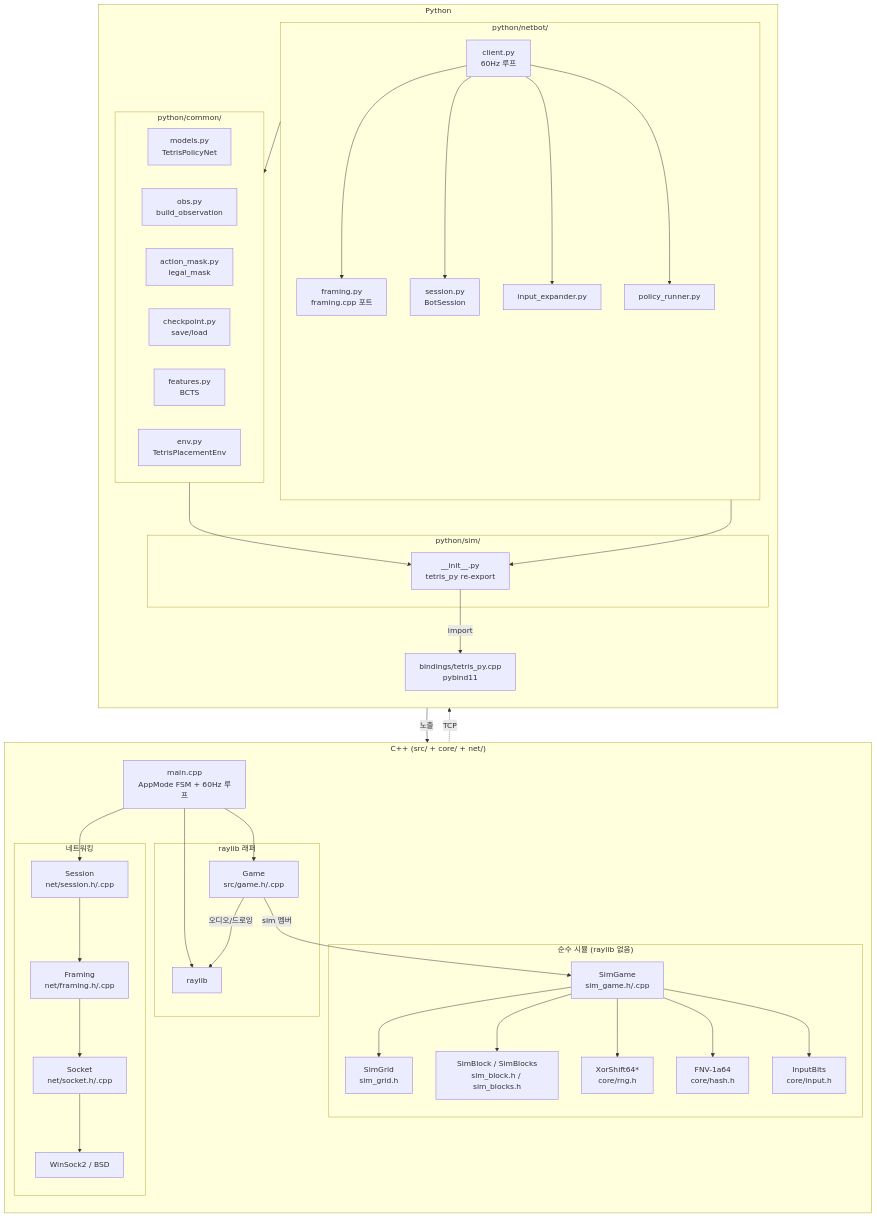
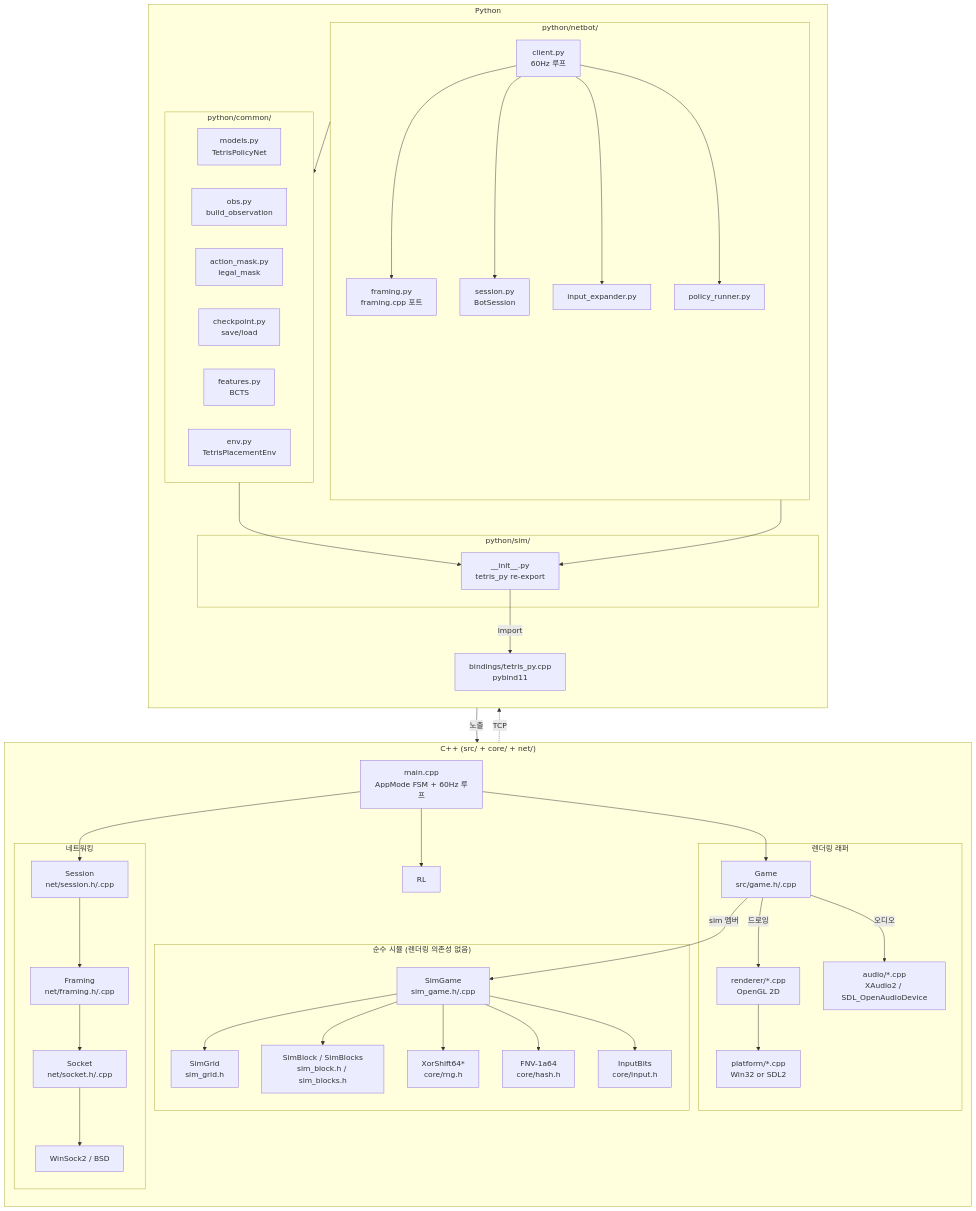
One commit to Rein-ArXiv/Tetris-Multiplayer-RL changed the first of 5 diagrams in ARCHITECTURE.md. Above: the diagram before and after it, drawn with Mermaid. The commit also changed other lines of this file and 65 other files, not shown here.

````diff
--- a/ARCHITECTURE.md
+++ b/ARCHITECTURE.md
@@ -125,75 +154,77 @@
 ```mermaid
 flowchart TB
     subgraph CPP["C++ (src/ + core/ + net/)"]
         direction TB
-        subgraph PURE["순수 시뮬 (raylib 없음)"]
+        subgraph PURE["순수 시뮬 (렌더링 의존성 없음)"]
             SG[SimGame<br/>sim_game.h/.cpp]
             SGR[SimGrid<br/>sim_grid.h]
             SB[SimBlock / SimBlocks<br/>sim_block.h / sim_blocks.h]
             CORE_RNG[XorShift64*<br/>core/rng.h]
             CORE_HASH[FNV-1a64<br/>core/hash.h]
             CORE_INPUT[InputBits<br/>core/input.h]
             SG --> SGR
             SG --> SB
             SG --> CORE_RNG
             SG --> CORE_HASH
             SG --> CORE_INPUT
         end
 
-        subgraph GAME["raylib 래퍼"]
+        subgraph GAME["렌더링 래퍼"]
             G[Game<br/>src/game.h/.cpp]
             G -- "sim 멤버" --> SG
-            G -- "오디오/드로잉" --> RL[raylib]
+            G -- "드로잉" --> REN[renderer/*.cpp<br/>OpenGL 2D]
+            G -- "오디오" --> AUD[audio/*.cpp<br/>XAudio2 / SDL_OpenAudioDevice]
+            REN --> PLAT[platform/*.cpp<br/>Win32 or SDL2]
         end
 
         subgraph NET["네트워킹"]
             SESS[Session<br/>net/session.h/.cpp]
             FRAM[Framing<br/>net/framing.h/.cpp]
             SOCK[Socket<br/>net/socket.h/.cpp]
             SESS --> FRAM --> SOCK --> WS[WinSock2 / BSD]
         end
 
         MAIN[main.cpp<br/>AppMode FSM + 60Hz 루프]
         MAIN --> G
         MAIN --> SESS
         MAIN --> RL
     end
 
     subgraph PY["Python"]
         direction TB
         BIND[bindings/tetris_py.cpp<br/>pybind11]
         BIND -- "노출" --> SG
 
         subgraph SIM["python/sim/"]
             SIMW[__init__.py<br/>tetris_py re-export]
         end
         SIMW -- "import" --> BIND
 
         subgraph COMMON["python/common/"]
             MODELS[models.py<br/>TetrisPolicyNet]
             OBS[obs.py<br/>build_observation]
             AMASK[action_mask.py<br/>legal_mask]
             CKPT[checkpoint.py<br/>save/load]
             FEAT[features.py<br/>BCTS]
             ENV[env.py<br/>TetrisPlacementEnv]
         end
 
         subgraph NETBOT["python/netbot/"]
             CLI[client.py<br/>60Hz 루프]
             PFRM[framing.py<br/>framing.cpp 포트]
             PSESS[session.py<br/>BotSession]
             PEXP[input_expander.py]
             PRUN[policy_runner.py]
         end
 
         COMMON --> SIMW
         NETBOT --> SIMW
         NETBOT --> COMMON
         CLI --> PFRM
         CLI --> PSESS
         CLI --> PEXP
         CLI --> PRUN
     end
 
     SESS -.TCP.-> PSESS
 ```
````
